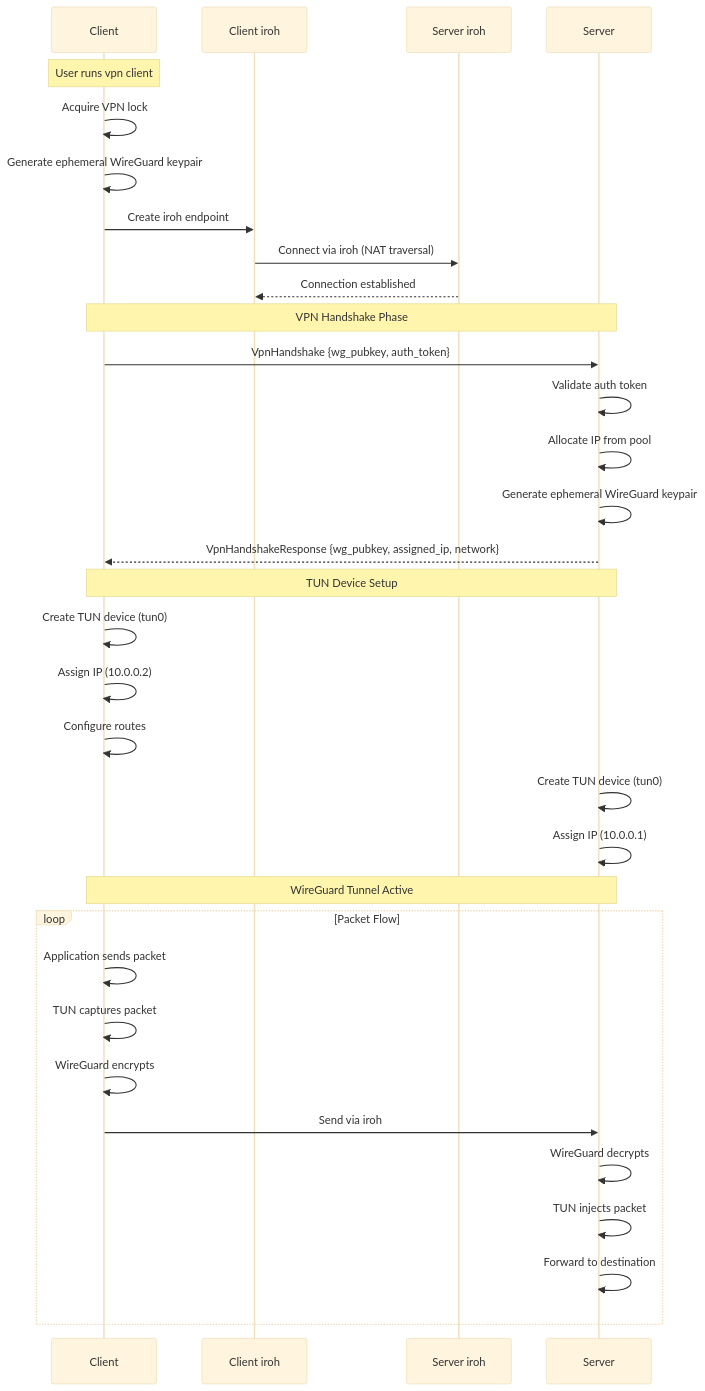
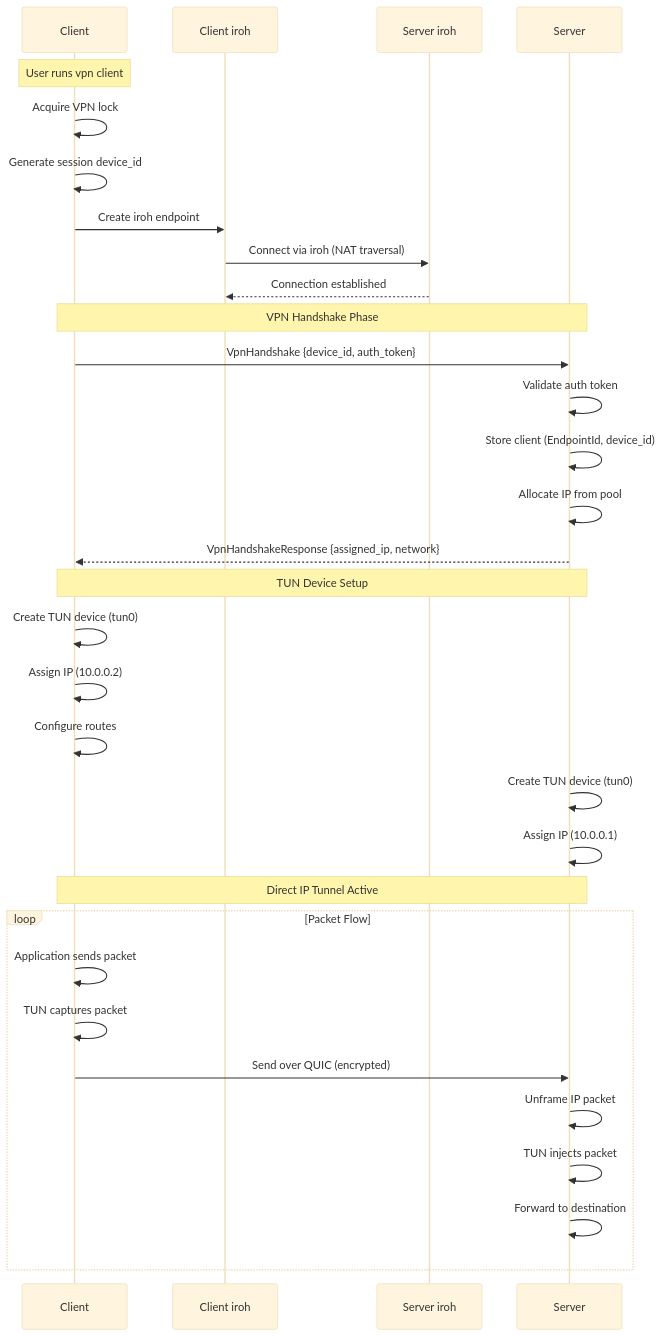
One commit to andrewtheguy/vpn-rs changed diagram 12 of 42 in docs/ARCHITECTURE.md. Above: the diagram before and after it, drawn with Mermaid (base theme). The commit also changed other lines of this file, not shown here.

Commit message:
fix: update VPN mode documentation to reflect direct IP-over-QUIC encryption and remove WireGuard references

````diff
--- a/docs/ARCHITECTURE.md
+++ b/docs/ARCHITECTURE.md
@@ -492,40 +485,39 @@
 ```mermaid
 sequenceDiagram
     participant C as Client
     participant CI as Client iroh
     participant SI as Server iroh
     participant S as Server
 
     Note over C: User runs vpn client
     C->>C: Acquire VPN lock
-    C->>C: Generate ephemeral WireGuard keypair
+    C->>C: Generate session device_id
     C->>CI: Create iroh endpoint
 
     CI->>SI: Connect via iroh (NAT traversal)
     SI-->>CI: Connection established
 
     Note over C,S: VPN Handshake Phase
-    C->>S: VpnHandshake {wg_pubkey, auth_token}
+    C->>S: VpnHandshake {device_id, auth_token}
     S->>S: Validate auth token
+    S->>S: Store client (EndpointId, device_id)
     S->>S: Allocate IP from pool
-    S->>S: Generate ephemeral WireGuard keypair
-    S-->>C: VpnHandshakeResponse {wg_pubkey, assigned_ip, network}
+    S-->>C: VpnHandshakeResponse {assigned_ip, network}
 
     Note over C,S: TUN Device Setup
     C->>C: Create TUN device (tun0)
     C->>C: Assign IP (10.0.0.2)
     C->>C: Configure routes
     S->>S: Create TUN device (tun0)
     S->>S: Assign IP (10.0.0.1)
 
-    Note over C,S: WireGuard Tunnel Active
+    Note over C,S: Direct IP Tunnel Active
     loop Packet Flow
         C->>C: Application sends packet
         C->>C: TUN captures packet
-        C->>C: WireGuard encrypts
-        C->>S: Send via iroh
-        S->>S: WireGuard decrypts
+        C->>S: Send over QUIC (encrypted)
+        S->>S: Unframe IP packet
         S->>S: TUN injects packet
         S->>S: Forward to destination
     end
 ```
````
